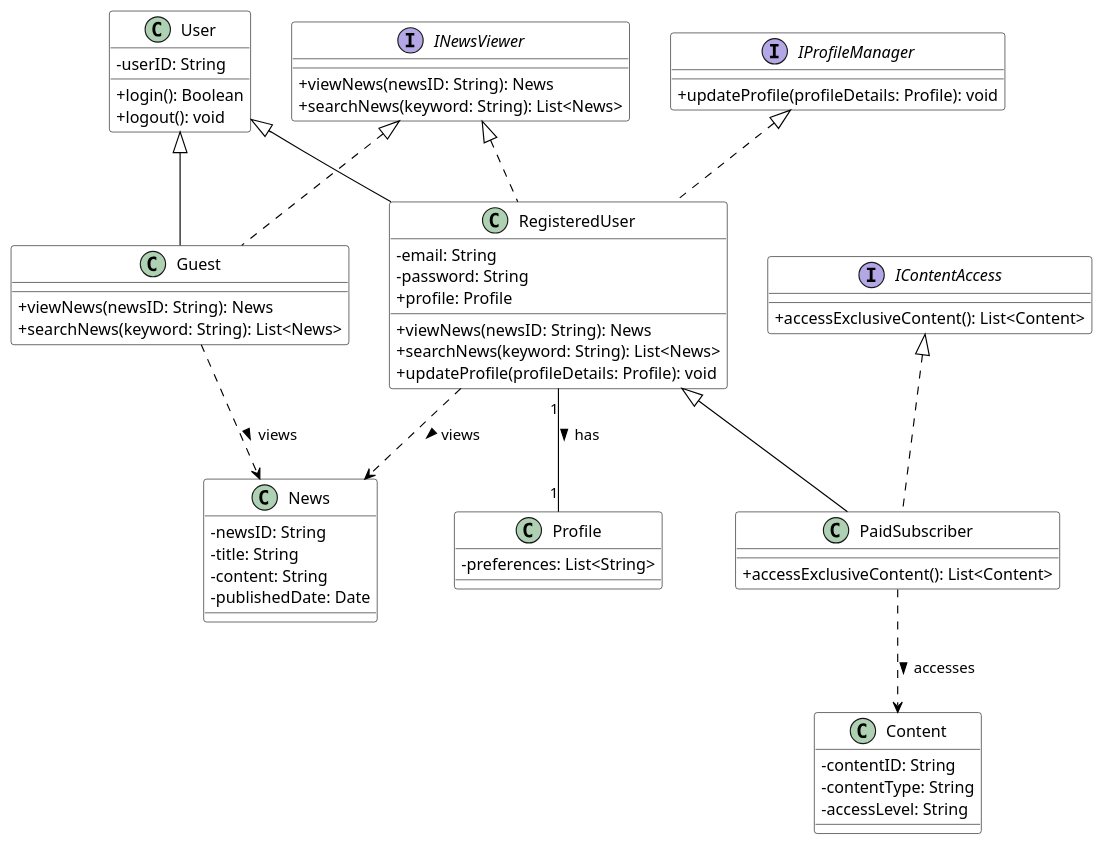
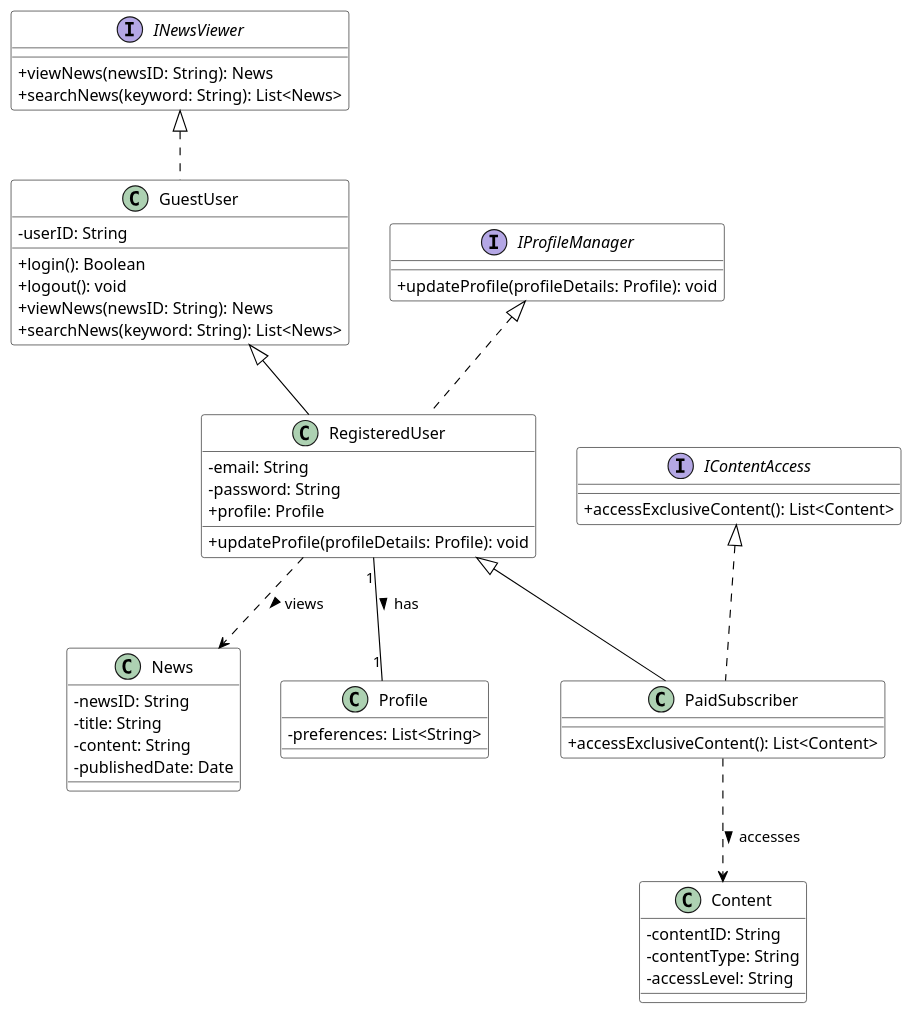
Before and after one commit to razan-mp4/SystemTheory_labs: the diagram in lab_4/class_diagram.iuml, drawn with PlantUML.

```diff
--- a/lab_4/class_diagram.iuml
+++ b/lab_4/class_diagram.iuml
@@ -1,76 +1,69 @@
 @startuml
 ' Define class styles
 skinparam classAttributeIconSize 0
 skinparam class {
     BackgroundColor White
     ArrowColor Black
     BorderColor Black
 }
 
-' Base User Class
-class User {
-    -userID: String
-
-    +login(): Boolean
-    +logout(): void
-}
 
 ' Interfaces
 interface INewsViewer {
     +viewNews(newsID: String): News
     +searchNews(keyword: String): List<News>
 }
 
 interface IProfileManager {
     +updateProfile(profileDetails: Profile): void
 }
 
 interface IContentAccess {
     +accessExclusiveContent(): List<Content>
 }
 
 ' Concrete Classes
-class Guest implements INewsViewer {
+class GuestUser implements INewsViewer {
+    -userID: String
+    +login(): Boolean
+    +logout(): void
     +viewNews(newsID: String): News
     +searchNews(keyword: String): List<News>
 }
 
-class RegisteredUser extends User implements INewsViewer, IProfileManager {
+class RegisteredUser extends GuestUser implements IProfileManager {
     -email: String
     -password: String
     +profile: Profile
-    +viewNews(newsID: String): News
-    +searchNews(keyword: String): List<News>
     +updateProfile(profileDetails: Profile): void
 }
 
 class PaidSubscriber extends RegisteredUser implements IContentAccess {
     +accessExclusiveContent(): List<Content>
 }
 
 class News {
     -newsID: String
     -title: String
     -content: String
     -publishedDate: Date
 }
 
 class Profile {
     -preferences: List<String>
 }
 
 class Content {
     -contentID: String
     -contentType: String
     -accessLevel: String
 }
 
 ' Relationships and Associations
 
-User <|-- Guest
+
 RegisteredUser "1" -- "1" Profile : has >
-Guest ..> News : views >
 RegisteredUser ..> News : views >
 PaidSubscriber ..> Content : accesses >
 
 @enduml
```
